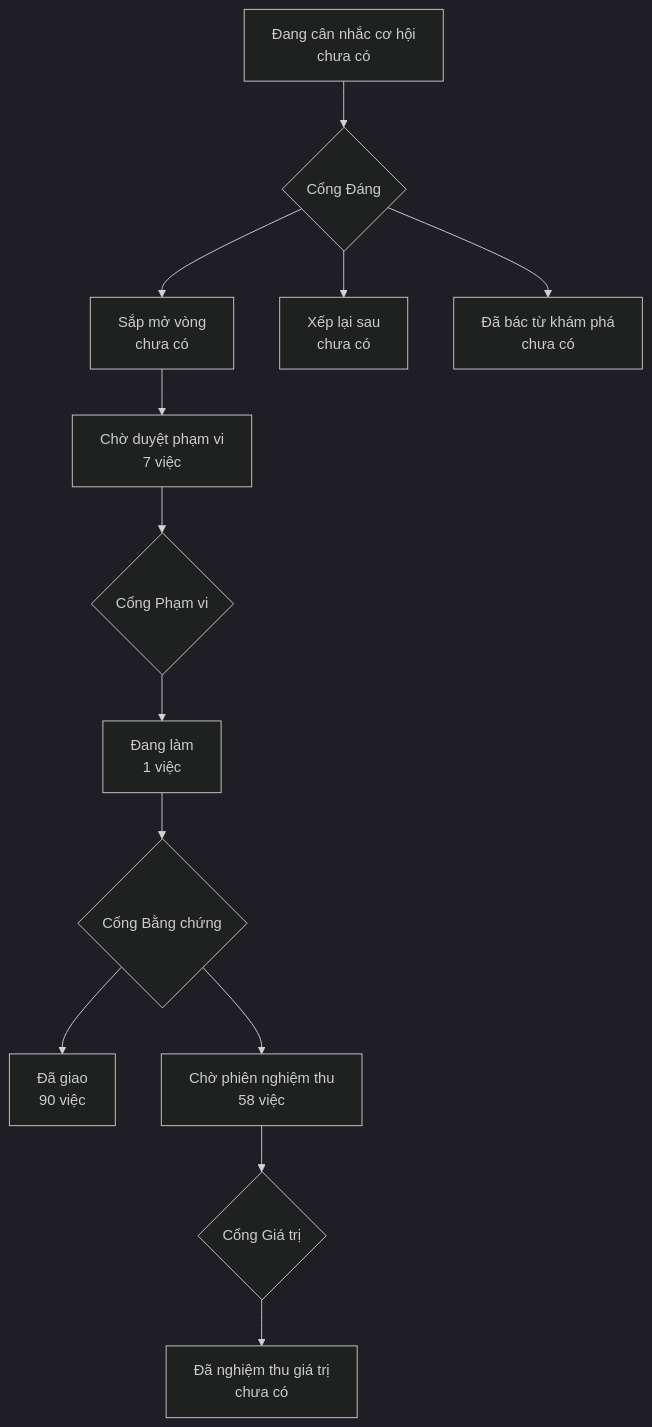
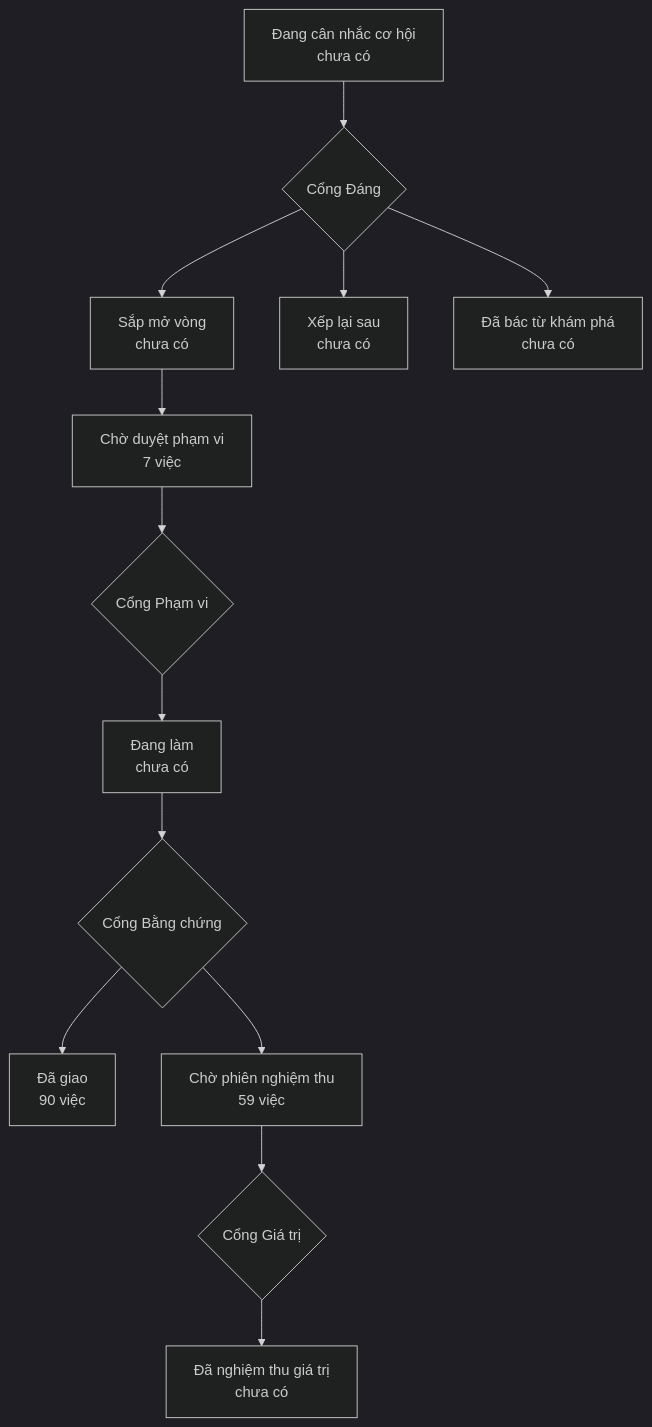
Before and after one commit to phanlemanh/onehub-invest: the diagram in PRODUCT-MAP.md, drawn with Mermaid (dark theme). The commit also changed other lines of this file and 4 other files, not shown here.

````diff
--- a/PRODUCT-MAP.md
+++ b/PRODUCT-MAP.md
@@ -7,12 +7,12 @@
 ```mermaid
 flowchart TD
   A["Đang cân nhắc cơ hội<br/>chưa có"] --> GD{"Cổng Đáng"}
   GD --> B["Sắp mở vòng<br/>chưa có"]
   GD --> XL["Xếp lại sau<br/>chưa có"]
   GD --> DB["Đã bác từ khám phá<br/>chưa có"]
   B --> CD["Chờ duyệt phạm vi<br/>7 việc"] --> GP{"Cổng Phạm vi"}
-  GP --> DL["Đang làm<br/>1 việc"] --> GB{"Cổng Bằng chứng"}
+  GP --> DL["Đang làm<br/>chưa có"] --> GB{"Cổng Bằng chứng"}
   GB --> DG["Đã giao<br/>90 việc"]
-  GB --> CN["Chờ phiên nghiệm thu<br/>58 việc"] --> GG{"Cổng Giá trị"}
+  GB --> CN["Chờ phiên nghiệm thu<br/>59 việc"] --> GG{"Cổng Giá trị"}
   GG --> NT["Đã nghiệm thu giá trị<br/>chưa có"]
 ```
````
